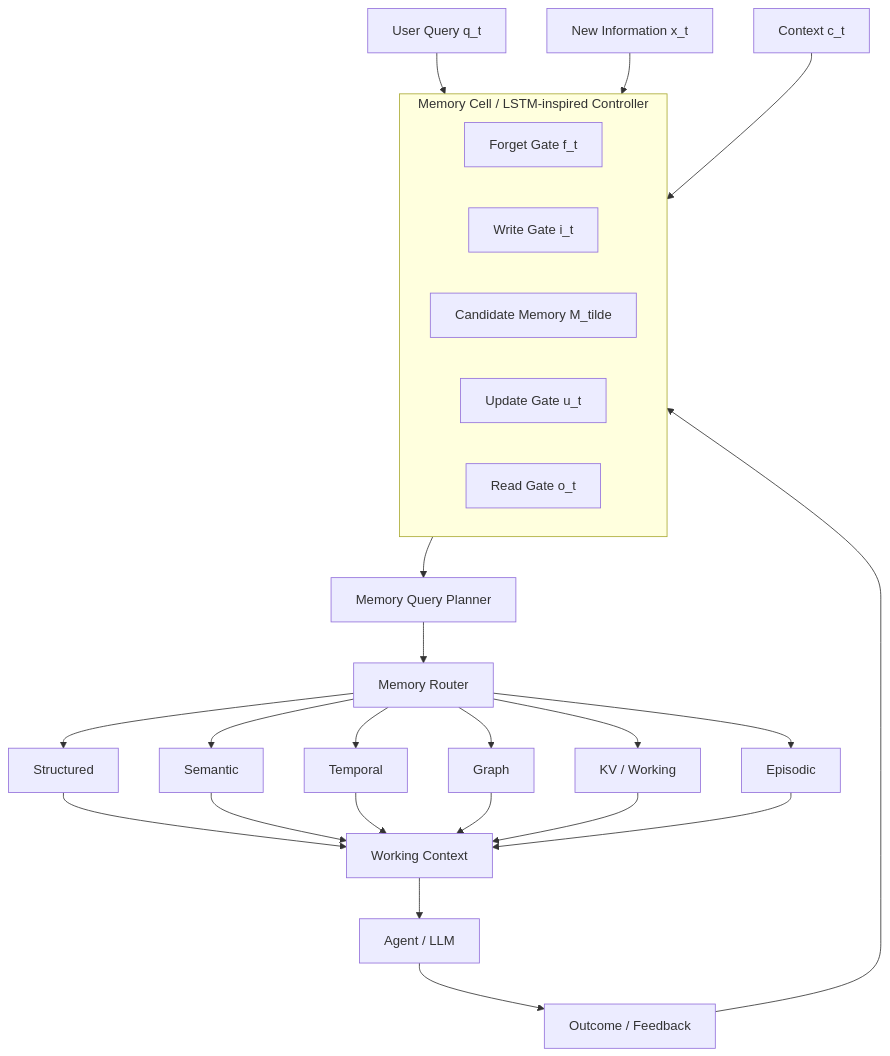
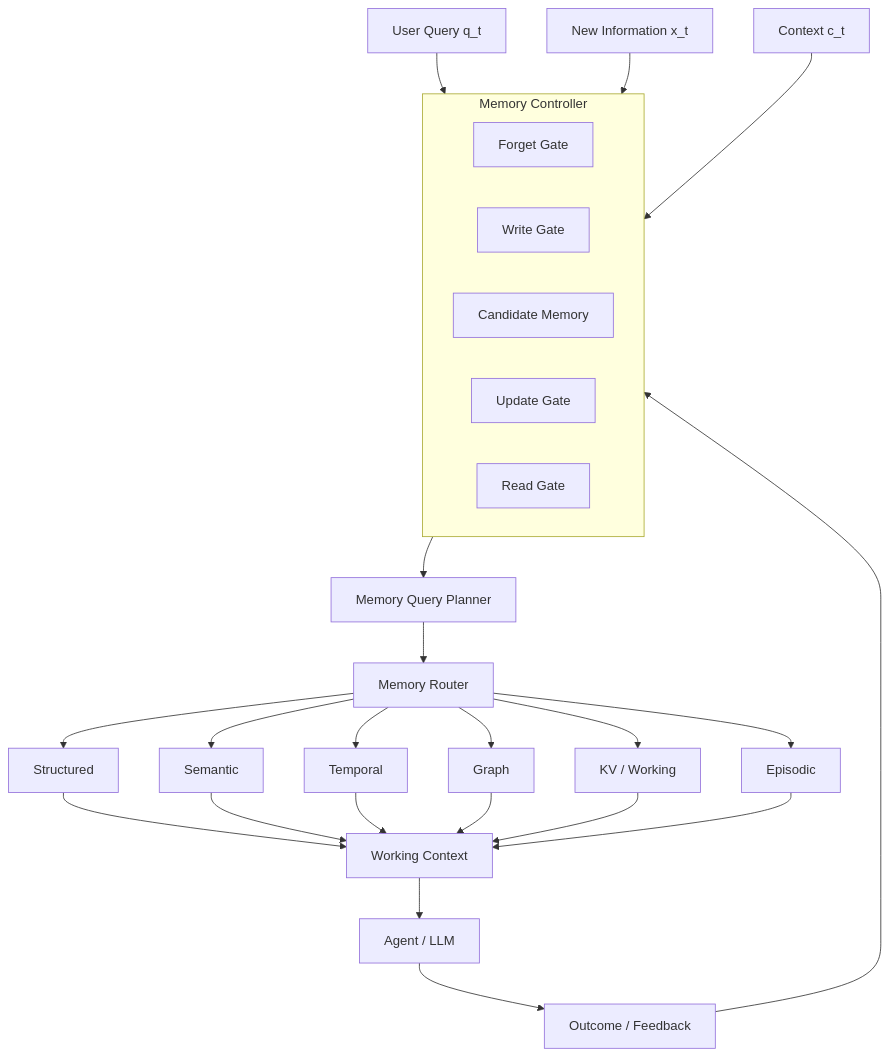
One commit to dcsgod/membrane changed the diagram in README.md. Above: the diagram before and after it, drawn with Mermaid. The commit also changed other lines of this file, not shown here.

````diff
--- a/README.md
+++ b/README.md
@@ -102,40 +114,40 @@
 ```mermaid
 flowchart TB
     Q[User Query q_t]
     X[New Information x_t]
     C[Context c_t]
     O[Outcome / Feedback]
 
     Q --> G
     X --> G
     C --> G
     O --> G
 
-    subgraph G[Memory Cell / LSTM-inspired Controller]
-        F[Forget Gate f_t]
-        I[Write Gate i_t]
-        M[Candidate Memory M_tilde]
-        U[Update Gate u_t]
-        R[Read Gate o_t]
+    subgraph G[Memory Controller]
+        F[Forget Gate]
+        I[Write Gate]
+        M[Candidate Memory]
+        U[Update Gate]
+        R[Read Gate]
     end
 
     G --> P[Memory Query Planner]
     P --> RT[Memory Router]
 
     RT --> S[Structured]
     RT --> V[Semantic]
     RT --> T[Temporal]
     RT --> GR[Graph]
     RT --> K[KV / Working]
     RT --> E[Episodic]
 
     S --> W[Working Context]
     V --> W
     T --> W
     GR --> W
     K --> W
     E --> W
 
     W --> A[Agent / LLM]
     A --> O
 ```
````
